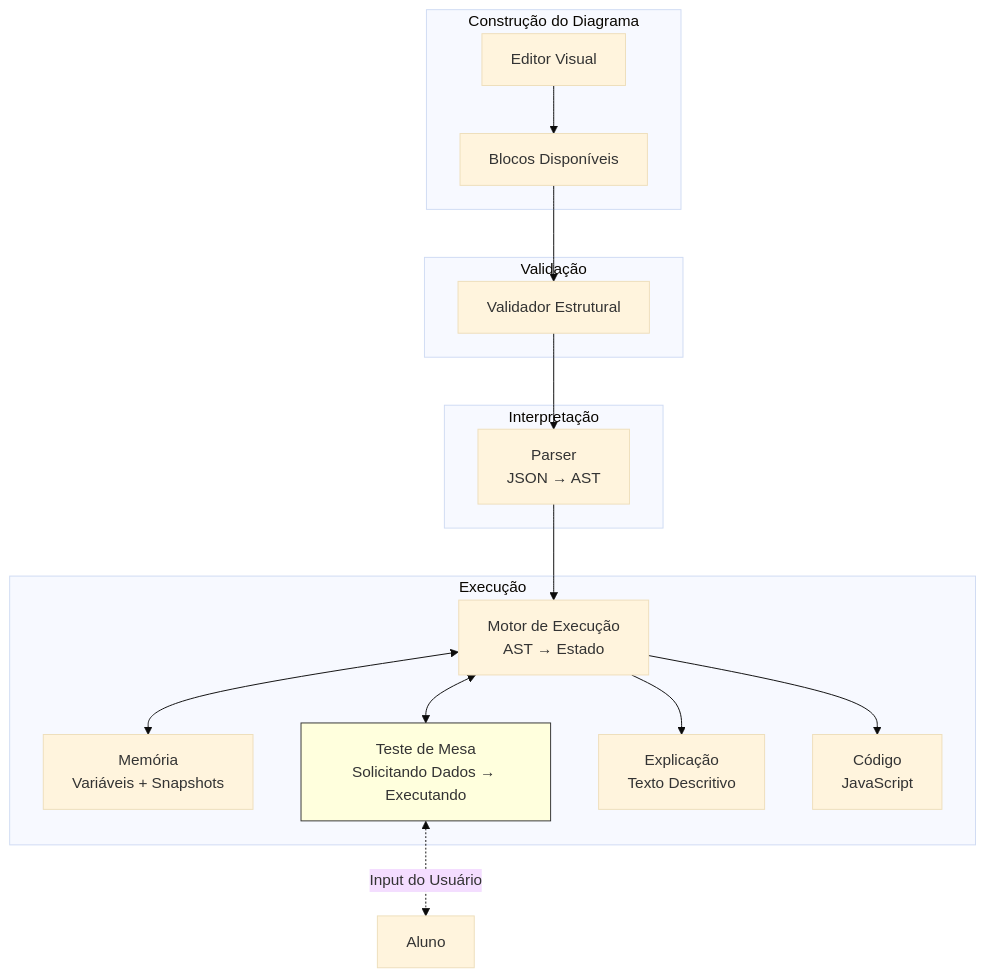
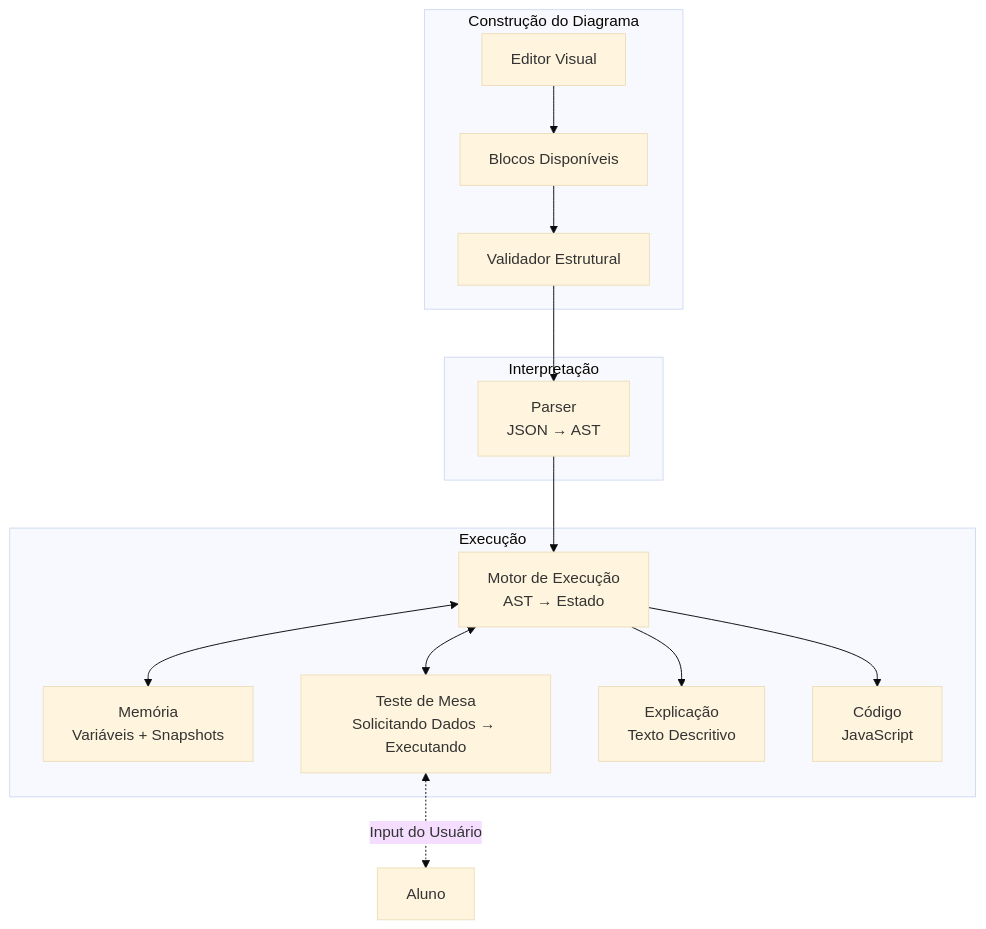
Before and after one commit to si-utfpr-gp/blade: the second of 7 diagrams in docs/ssd.md, drawn with Mermaid (base theme). The commit also changed other lines of this file and 1 other file, not shown here.

Commit message:
docs: move structural validation to builder module, fix mermaid diagrams for GitHub rendering

````diff
--- a/docs/ssd.md
+++ b/docs/ssd.md
@@ -160,35 +155,27 @@
 ```mermaid
-flowchart TB
+graph TB
     subgraph Construção["Construção do Diagrama"]
         B[Editor Visual]
         C[Blocos Disponíveis]
+        V[Validador Estrutural]
         B --> C
+        C --> V
     end
-
-    subgraph Validação["Validação"]
-        V[Validador Estrutural]
-    end
-
     subgraph Interpretação["Interpretação"]
         P[Parser<br/>JSON → AST]
     end
-
     subgraph Execução["Execução"]
         M[Motor de Execução<br/>AST → Estado]
         MEM[Memória<br/>Variáveis + Snapshots]
         TM[Teste de Mesa<br/>Solicitando Dados → Executando]
         EXP[Explicação<br/>Texto Descritivo]
         CODE[Código<br/>JavaScript]
     end
-
-    C --> V
     V --> P
     P --> M
     M <--> MEM
     M <--> TM
     TM <-.->|"Input do Usuário"| A[Aluno]
     M --> EXP
     M --> CODE
-
-    style TM fill:#ffd,stroke:#333
 ```
````
